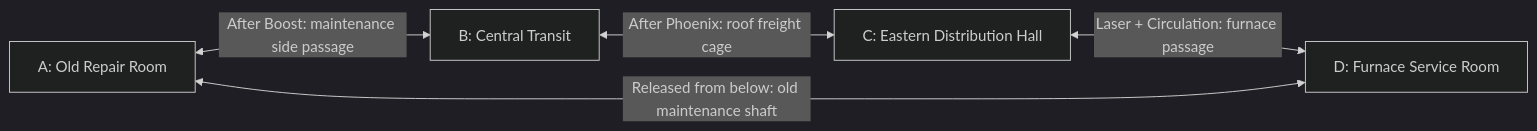
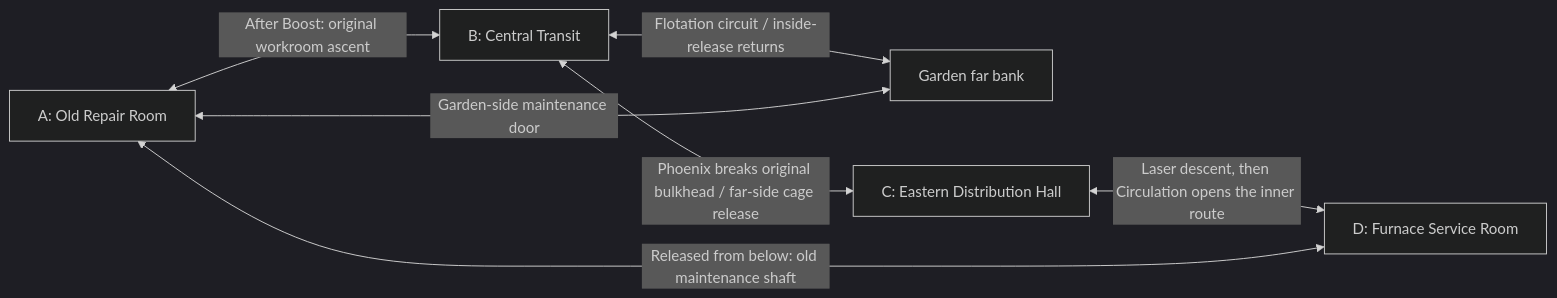
The second of 2 diagrams in Gamespec.md (Milky2018/tankle-adventure-astra), drawn with Mermaid (dark theme) before and after one commit. The commit also changed other lines of this file and 27 other files, not shown here.

````diff
--- a/Gamespec.md
+++ b/Gamespec.md
@@ -499,7 +521,9 @@
 ```mermaid
 flowchart LR
-    A["A: Old Repair Room"] <-->|"After Boost: maintenance side passage"| B["B: Central Transit"]
-    B <-->|"After Phoenix: roof freight cage"| C["C: Eastern Distribution Hall"]
-    C <-->|"Laser + Circulation: furnace passage"| D["D: Furnace Service Room"]
+    A["A: Old Repair Room"] <-->|"After Boost: original workroom ascent"| B["B: Central Transit"]
+    B <-->|"Flotation circuit / inside-release returns"| G["Garden far bank"]
+    G <-->|"Garden-side maintenance door"| A
+    B <-->|"Phoenix breaks original bulkhead / far-side cage release"| C["C: Eastern Distribution Hall"]
+    C <-->|"Laser descent, then Circulation opens the inner route"| D["D: Furnace Service Room"]
     D <-->|"Released from below: old maintenance shaft"| A
 ```
````
